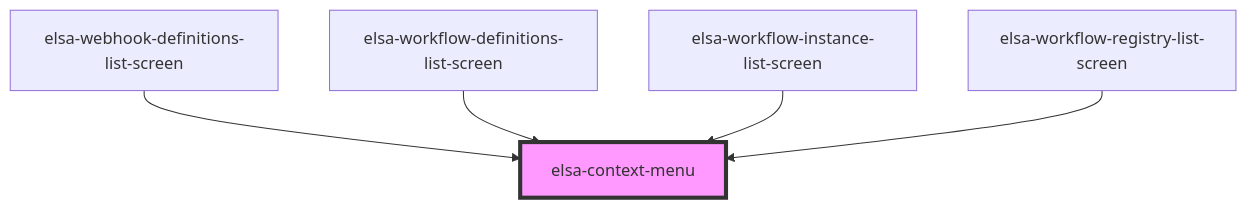
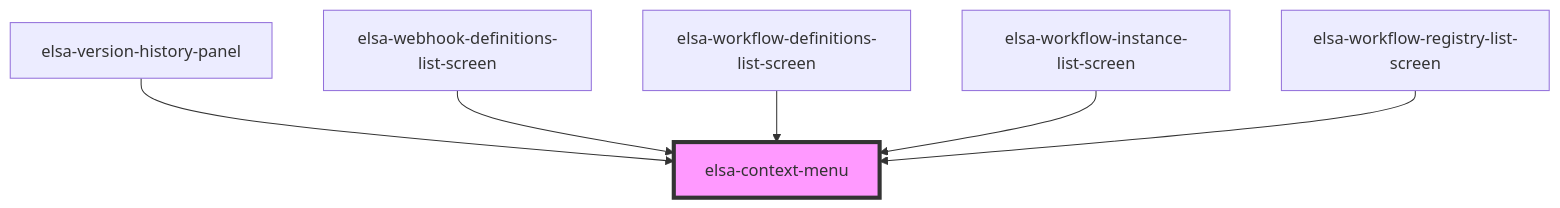
The diagram in src/designer/elsa-workflows-studio/src/components/controls/elsa-context-menu/readme.md (elsa-workflows/elsa-core), drawn with Mermaid before and after one commit. The commit also changed other lines of this file and 6 other files, not shown here.

````diff
--- a/src/designer/elsa-workflows-studio/src/components/controls/elsa-context-menu/readme.md
+++ b/src/designer/elsa-workflows-studio/src/components/controls/elsa-context-menu/readme.md
@@ -26,8 +27,9 @@
 ```mermaid
 graph TD;
+  elsa-version-history-panel --> elsa-context-menu
   elsa-webhook-definitions-list-screen --> elsa-context-menu
   elsa-workflow-definitions-list-screen --> elsa-context-menu
   elsa-workflow-instance-list-screen --> elsa-context-menu
   elsa-workflow-registry-list-screen --> elsa-context-menu
   style elsa-context-menu fill:#f9f,stroke:#333,stroke-width:4px
 ```
````
